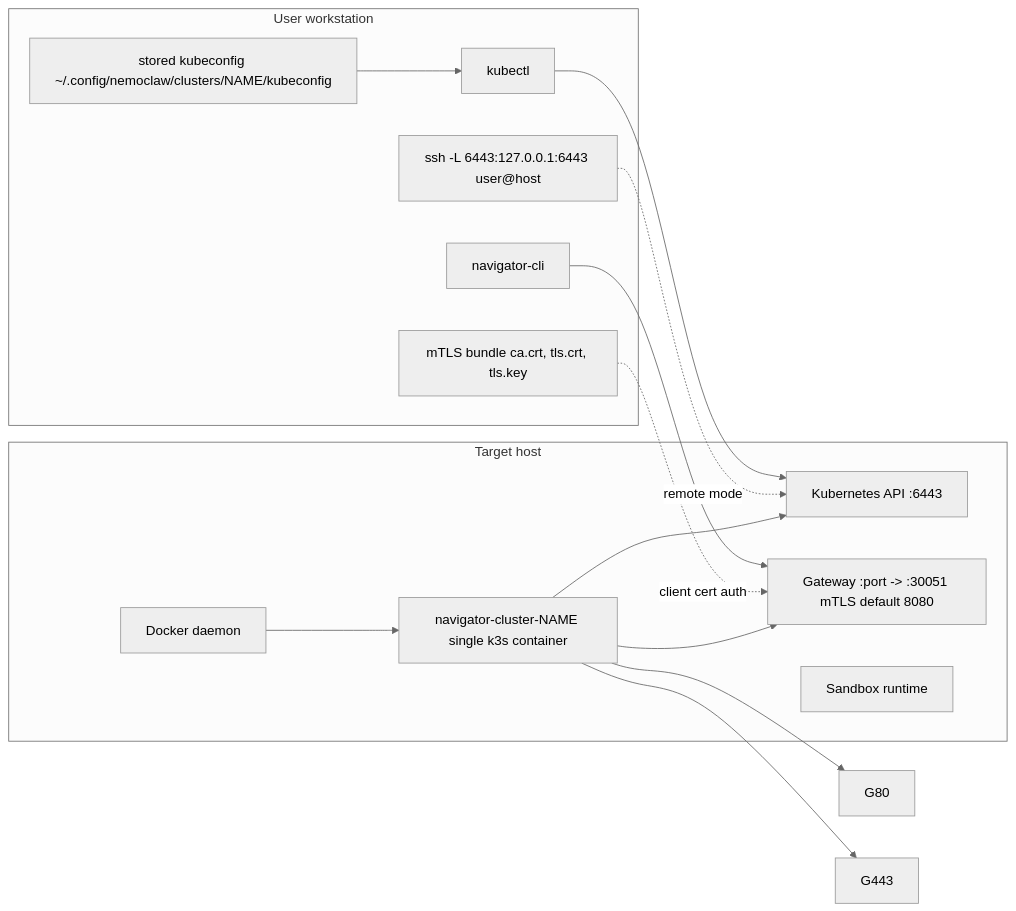
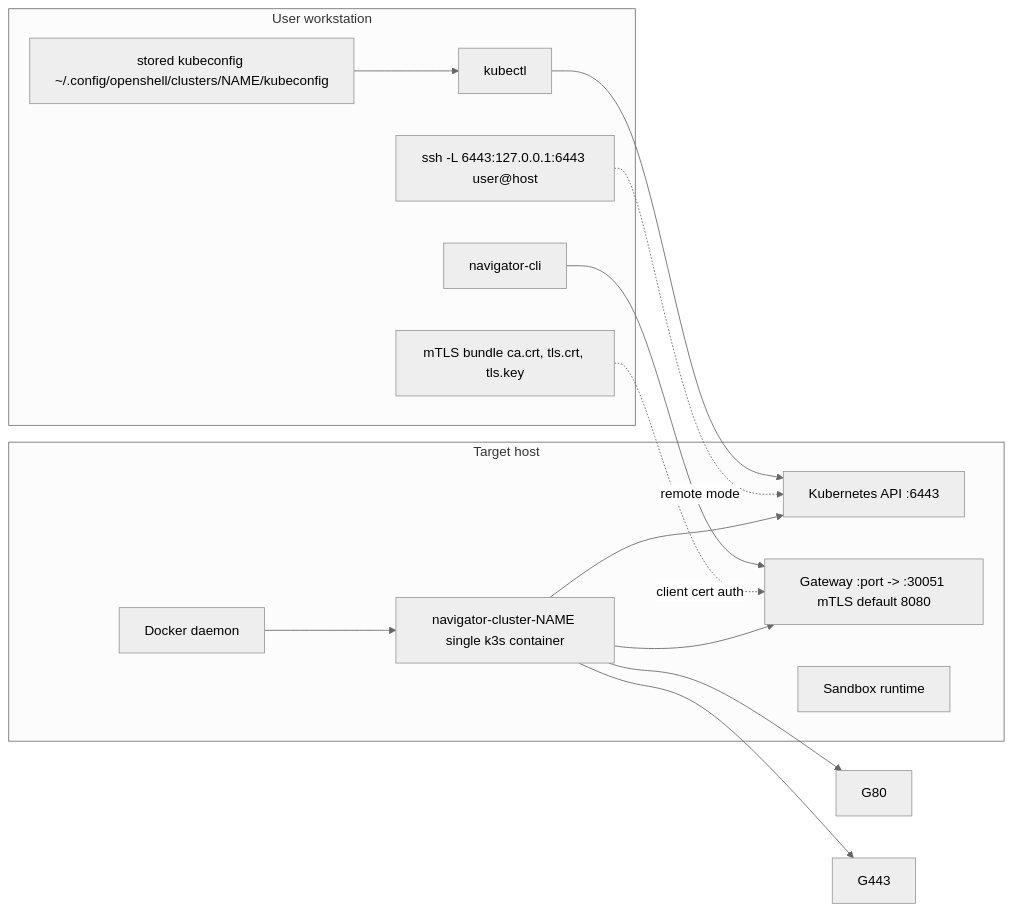
One commit to NVIDIA/OpenShell changed the second of 3 diagrams in architecture/cluster-single-node.md. Above: the diagram before and after it, drawn with Mermaid (neutral theme). The commit also changed other lines of this file and 162 other files, not shown here.

````diff
--- a/architecture/cluster-single-node.md
+++ b/architecture/cluster-single-node.md
@@ -113,31 +113,31 @@
 ```mermaid
 flowchart LR
   subgraph WS[User workstation]
     NAV[navigator-cli]
     KUBECTL[kubectl]
-    KC[stored kubeconfig ~/.config/nemoclaw/clusters/NAME/kubeconfig]
+    KC[stored kubeconfig ~/.config/openshell/clusters/NAME/kubeconfig]
     MTLS[mTLS bundle ca.crt, tls.crt, tls.key]
     TUN[ssh -L 6443:127.0.0.1:6443 user@host]
   end
 
   subgraph HOST[Target host]
     DOCKER[Docker daemon]
     K3S[navigator-cluster-NAME single k3s container]
     KAPI[Kubernetes API :6443]
     G8080[Gateway :port -> :30051 mTLS default 8080]
     SBX[Sandbox runtime]
   end
 
   KC --> KUBECTL
   KUBECTL --> KAPI
   TUN -. remote mode .-> KAPI
 
   NAV --> G8080
   MTLS -. client cert auth .-> G8080
 
   DOCKER --> K3S
   K3S --> KAPI
   K3S --> G8080
   K3S --> G80
   K3S --> G443
 ```
````
